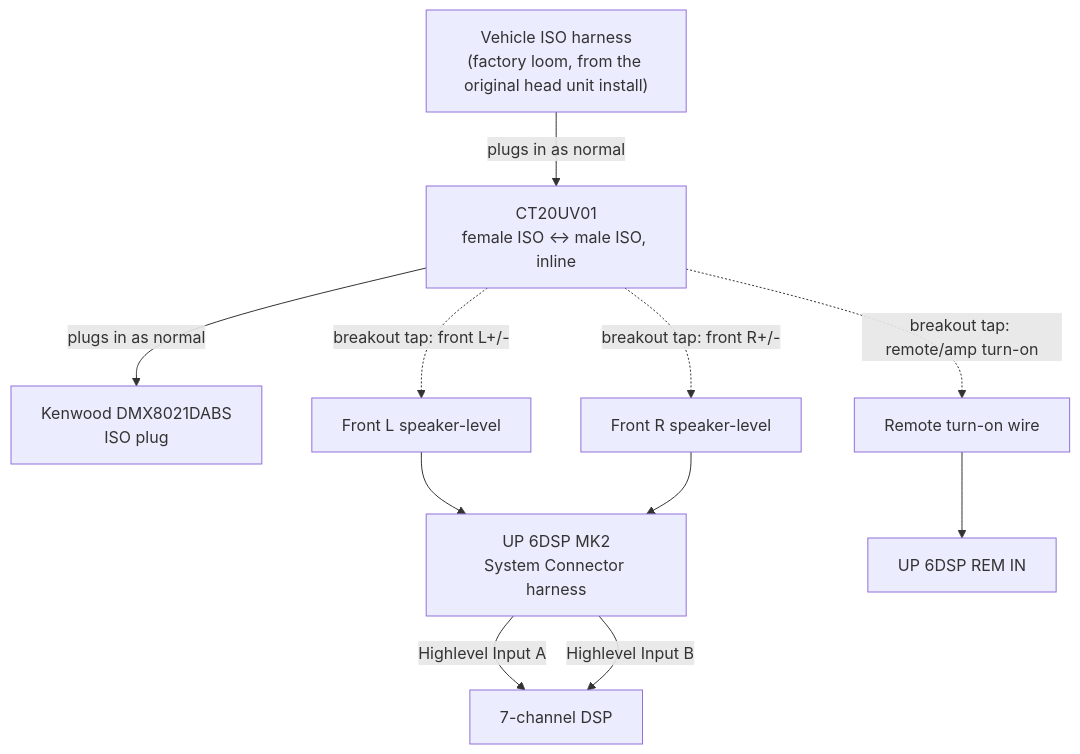
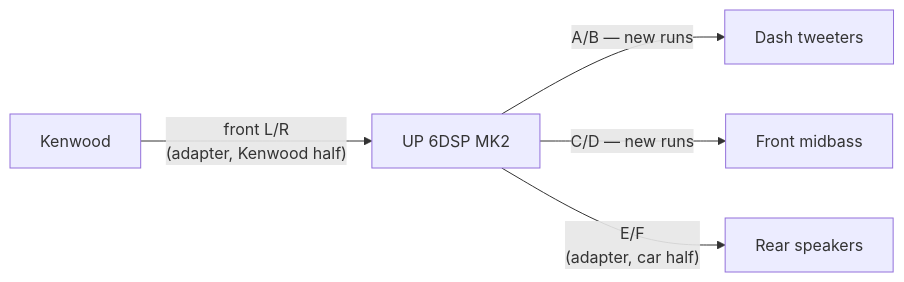
Before and after one commit to badsyntax/jimny-sound: the third of 4 diagrams in AUDIO-UPGRADE.md, drawn with Mermaid. The commit also changed other lines of this file, not shown here.

First line of the commit message:
Correct CT20UV01 wiring, add URC.1 bass remote, new front speaker runs

````diff
--- a/AUDIO-UPGRADE.md
+++ b/AUDIO-UPGRADE.md
@@ -153,14 +179,7 @@
 ```mermaid
-flowchart TD
-    CAR["Vehicle ISO harness<br/>(factory loom, from the original head unit install)"]
-    CAR -->|"plugs in as normal"| ADAPT["CT20UV01<br/>female ISO <-> male ISO, inline"]
-    ADAPT -->|"plugs in as normal"| HU["Kenwood DMX8021DABS<br/>ISO plug"]
-    ADAPT -.->|"breakout tap: front L+/-"| TAPFL["Front L speaker-level"]
-    ADAPT -.->|"breakout tap: front R+/-"| TAPFR["Front R speaker-level"]
-    ADAPT -.->|"breakout tap: remote/amp turn-on"| TAPREM["Remote turn-on wire"]
-    TAPFL --> SYSCONN["UP 6DSP MK2<br/>System Connector harness"]
-    TAPFR --> SYSCONN
-    SYSCONN -->|"Highlevel Input A"| DSPIN["7-channel DSP"]
-    SYSCONN -->|"Highlevel Input B"| DSPIN
-    TAPREM --> AMPREMIN["UP 6DSP REM IN"]
+flowchart LR
+    HU["Kenwood"] -->|"front L/R<br/>(adapter, Kenwood half)"| AMP["UP 6DSP MK2"]
+    AMP -->|"A/B — new runs"| TW["Dash tweeters"]
+    AMP -->|"C/D — new runs"| MID["Front midbass"]
+    AMP -->|"E/F<br/>(adapter, car half)"| REAR["Rear speakers"]
 ```
````
